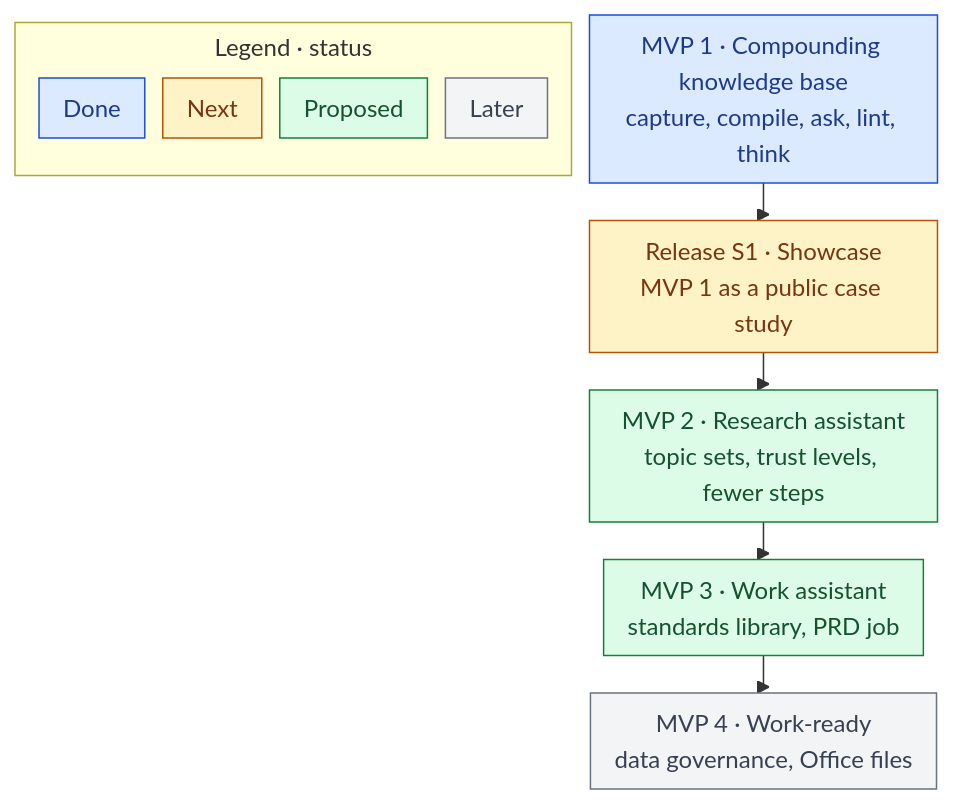
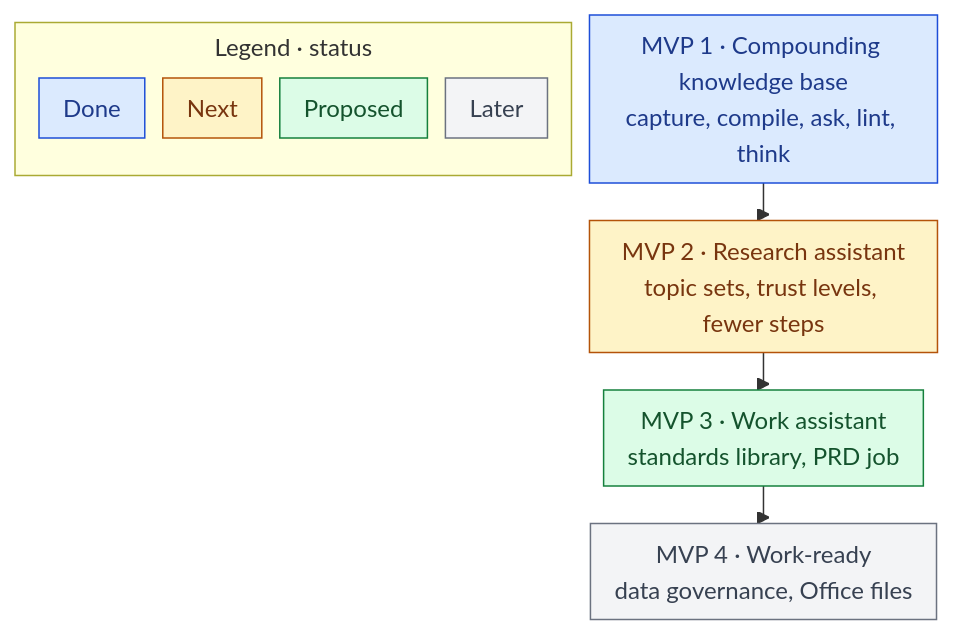
One commit to quocnguyen13/second-brain changed the second of 2 diagrams in mine/projects/thinking-system/10 Product Vision.md. Above: the diagram before and after it, drawn with Mermaid. The commit also changed other lines of this file and 8 other files, not shown here.

````diff
--- a/mine/projects/thinking-system/10 Product Vision.md
+++ b/mine/projects/thinking-system/10 Product Vision.md
@@ -98,21 +98,20 @@
 ```mermaid
 %%{init: {"flowchart": {"curve": "step", "useMaxWidth": true, "nodeSpacing": 12, "rankSpacing": 25, "padding": 8, "subGraphTitleMargin": {"top": 4, "bottom": 8}}}}%%
 flowchart TD
     subgraph LEG["Legend · status"]
         direction TB
         L1["Done"]:::done
         L4["Next"]:::next
         L2["Proposed"]:::prop
         L3["Later"]:::later
     end
     M1["MVP 1 · Compounding knowledge base<br/>capture, compile, ask, lint, think"]:::done
-    S1["Release S1 · Showcase<br/>MVP 1 as a public case study"]:::next
-    M2["MVP 2 · Research assistant<br/>topic sets, trust levels, fewer steps"]:::prop
+    M2["MVP 2 · Research assistant<br/>topic sets, trust levels, fewer steps"]:::next
     M3["MVP 3 · Work assistant<br/>standards library, PRD job"]:::prop
     M4["MVP 4 · Work-ready<br/>data governance, Office files"]:::later
-    M1 --> S1 --> M2 --> M3 --> M4
+    M1 --> M2 --> M3 --> M4
     classDef done fill:#dbeafe,stroke:#1d4ed8,color:#1e3a8a
     classDef next fill:#fef3c7,stroke:#b45309,color:#78350f
     classDef prop fill:#dcfce7,stroke:#15803d,color:#14532d
     classDef later fill:#f3f4f6,stroke:#6b7280,color:#374151
 ```
````
